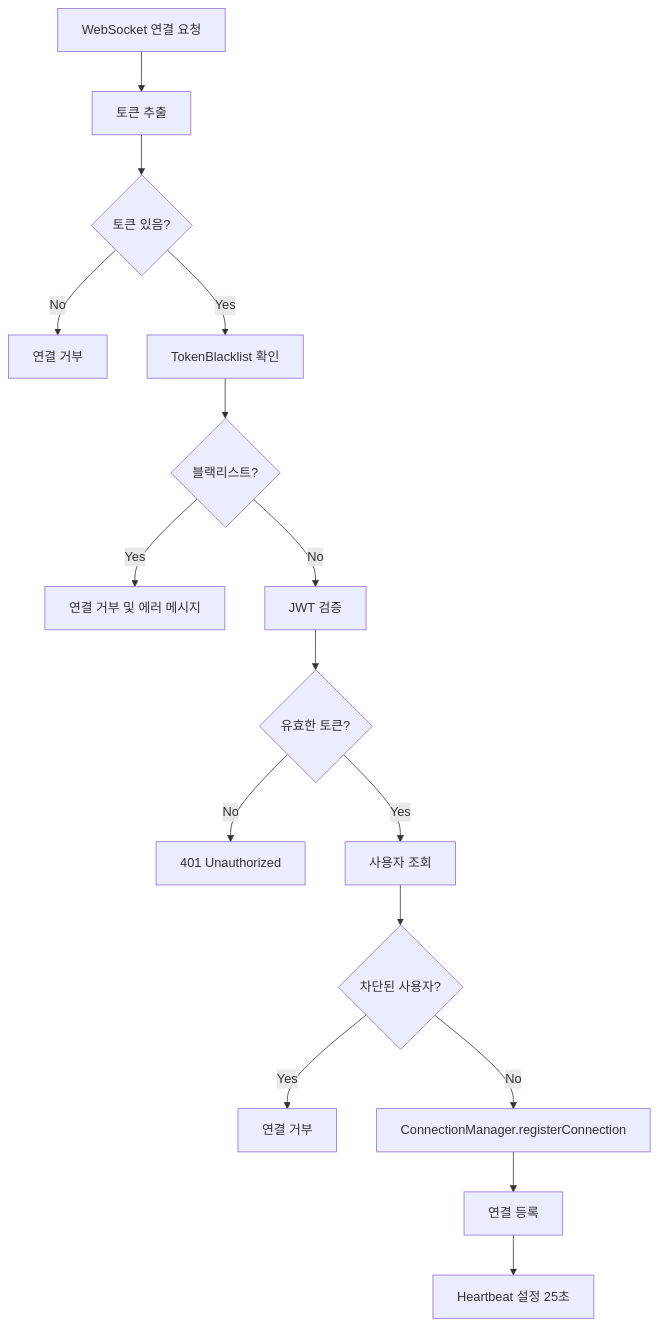
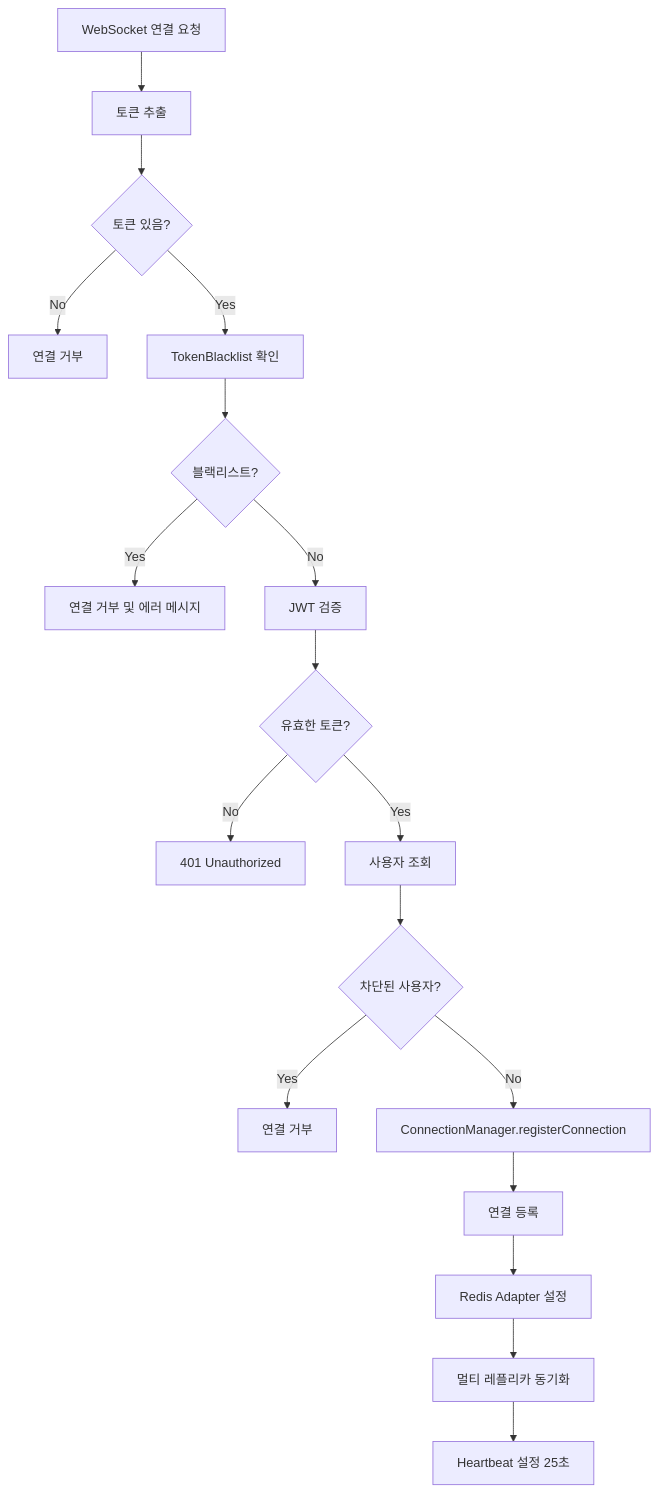
Before and after one commit to maximizest/connecto-nest: diagram 21 of 35 in .md/flow.md, drawn with Mermaid. The commit also changed other lines of this file and 7 other files, not shown here.

Commit message:
WebSocket 기능 개선: Redis Adapter를 추가하여 멀티 레플리카 지원을 구현하고, 관련 서비스 및 문서를 업데이트함. WebSocket 연결 관리 및 메시지 동기화 기능을 강화하여 실시간 통신의 안정성을 높임.

````diff
--- a/.md/flow.md
+++ b/.md/flow.md
@@ -798,23 +798,25 @@
 ```mermaid
 graph TD
     A[WebSocket 연결 요청] --> B[토큰 추출]
     B --> C{토큰 있음?}
     
     C -->|No| D[연결 거부]
     C -->|Yes| E[TokenBlacklist 확인]
     
     E --> F{블랙리스트?}
     F -->|Yes| G[연결 거부 및 에러 메시지]
     F -->|No| H[JWT 검증]
     
     H --> I{유효한 토큰?}
     I -->|No| J[401 Unauthorized]
     I -->|Yes| K[사용자 조회]
     
     K --> L{차단된 사용자?}
     L -->|Yes| M[연결 거부]
     L -->|No| N[ConnectionManager.registerConnection]
     
     N --> O[연결 등록]
-    O --> P[Heartbeat 설정 25초]
+    O --> P[Redis Adapter 설정]
+    P --> Q[멀티 레플리카 동기화]
+    Q --> R[Heartbeat 설정 25초]
 ```
````
